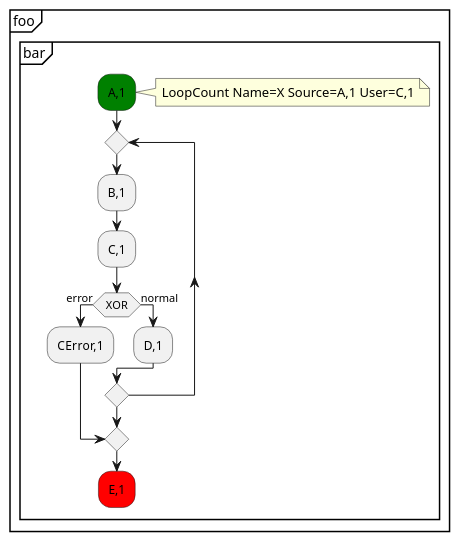
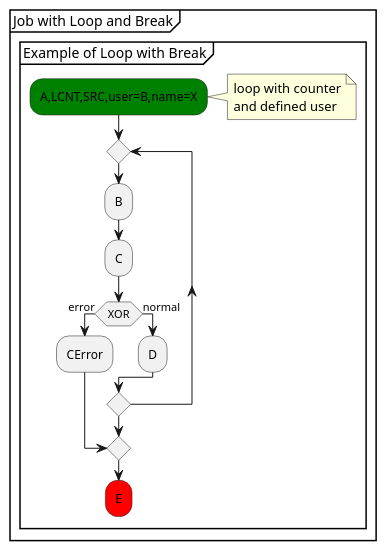
Before and after one commit to xtuml/munin: the diagram in models/SequenceVerificationDataCentric/puml/Tutorial_18.puml, drawn with PlantUML. The commit also changed 1 other file, not shown here.

Commit message:
job:  #MUN-152  refined to allow user def'n
This is a small change that allows the user of a loop
counter to be defined in the SRC event.

```diff
--- a/models/SequenceVerificationDataCentric/puml/Tutorial_18.puml
+++ b/models/SequenceVerificationDataCentric/puml/Tutorial_18.puml
@@ -1,21 +1,22 @@
 @startuml
-partition "foo" {
-  group "bar"
-#green:A,1;
-note right 
-  LoopCount Name=X Source=A,1 User=C,1
-end note
-repeat
-  :B,1;
-  :C,1;
-  if (XOR) then (error)
-    :CError,1;
-    break
-  else (normal)
-    :D,1;
-  endif
-repeat while
-#red:E,1;
+partition "Job with Loop and Break" {
+  group "Example of Loop with Break"
+    #green:A,LCNT,SRC,user=B,name=X;
+    note right 
+      loop with counter
+      and defined user
+    end note
+    repeat
+      :B;
+      :C;
+      if (XOR) then (error)
+        :CError;
+        break
+      else (normal)
+        :D;
+      endif
+    repeat while
+    #red:E;
   end group
 }
 @enduml
```
